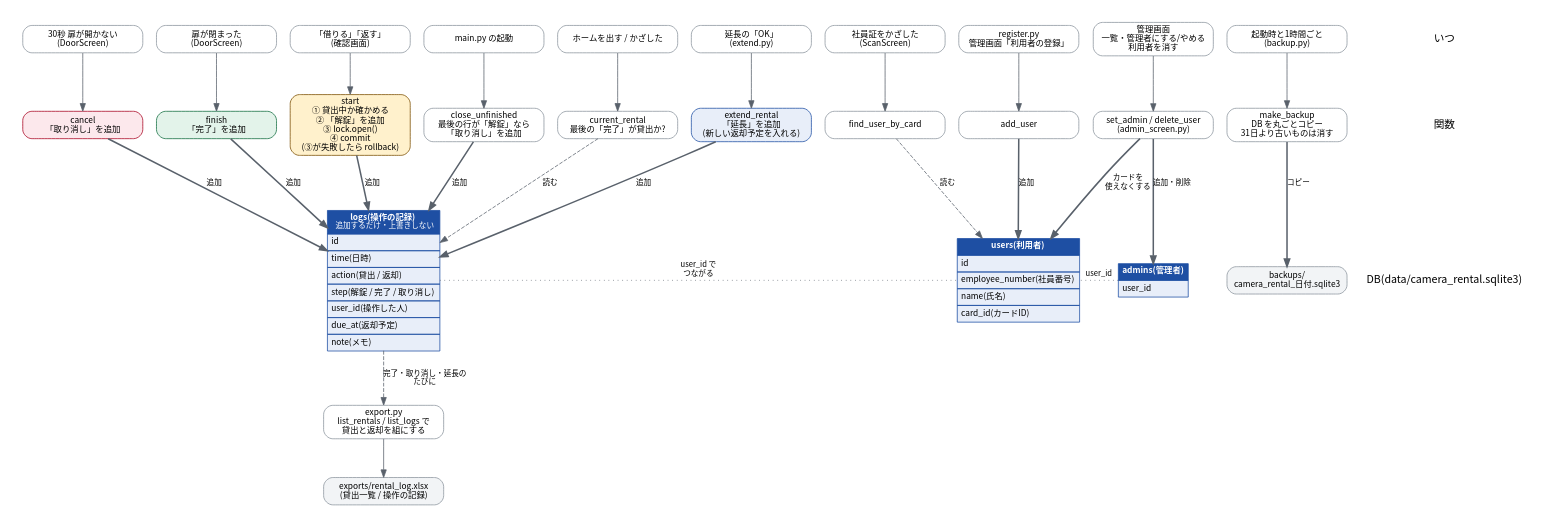
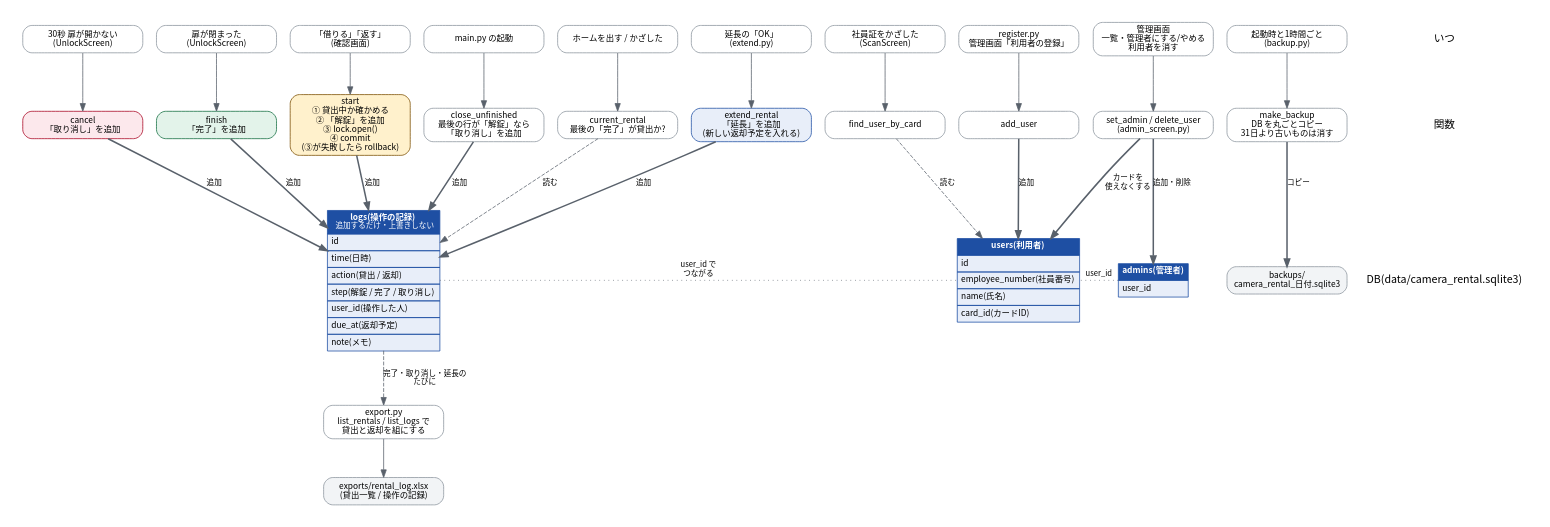
The diagram in docs/db_flow.dot (giajoe24/secure-camera-rental-system), drawn with Graphviz before and after one commit. The commit also changed 15 other files, not shown here.

```diff
--- a/docs/db_flow.dot
+++ b/docs/db_flow.dot
@@ -1,79 +1,79 @@
 // DB のフロー(dot -Tpng db_flow.dot -o db_flow.png で画像にする)
 // 左: いつ  →  真ん中: db.py の関数  →  右: テーブル  →  Excel
 digraph dbflow {
   graph [fontname="Noto Sans CJK JP", rankdir=TB, nodesep=0.25, ranksep=0.7, bgcolor=white, pad=0.3, newrank=true];
   node  [fontname="Noto Sans CJK JP", fontsize=11, shape=box, style="rounded,filled", fillcolor="#FFFFFF", color="#8A939C", width=2.2];
   edge  [fontname="Noto Sans CJK JP", fontsize=10, color="#59616B"];
 
-    w_noopen [label="30秒 扉が開かない\n(DoorScreen)"];
-    w_close  [label="扉が閉まった\n(DoorScreen)"];
+    w_noopen [label="30秒 扉が開かない\n(UnlockScreen)"];
+    w_close  [label="扉が閉まった\n(UnlockScreen)"];
     w_press  [label="「借りる」「返す」\n(確認画面)"];
     w_boot   [label="main.py の起動"];
     w_home   [label="ホームを出す / かざした"];
     w_scan   [label="社員証をかざした\n(ScanScreen)"];
     w_reg    [label="register.py\n管理画面「利用者の登録」"];
     w_extend [label="延長の「OK」\n(extend.py)"];
     w_admin  [label="管理画面\n一覧・管理者にする/やめる\n利用者を消す"];
     w_backup [label="起動時と1時間ごと\n(backup.py)"];
 
     f_cancel  [label="cancel\n「取り消し」を追加", fillcolor="#FCE8EC", color="#A8001F"];
     f_finish  [label="finish\n「完了」を追加", fillcolor="#E3F3EA", color="#0F6B3E"];
     f_start   [label="start\n① 貸出中か確かめる\n② 「解錠」を追加\n③ lock.open()\n④ commit\n(③が失敗したら rollback)", fillcolor="#FFF1CC", color="#7A4D00"];
     f_unfin   [label="close_unfinished\n最後の行が「解錠」なら\n「取り消し」を追加"];
     f_current [label="current_rental\n最後の「完了」が貸出か?"];
     f_find    [label="find_user_by_card"];
     f_add     [label="add_user"];
     f_extend  [label="extend_rental\n「延長」を追加\n(新しい返却予定を入れる)", fillcolor="#E8EEF9", color="#1E4FA3"];
     f_admin   [label="set_admin / delete_user\n(admin_screen.py)"];
     f_backup  [label="make_backup\nDB を丸ごとコピー\n31日より古いものは消す"];
 
     logs  [shape=plain, label=<<TABLE BORDER="0" CELLBORDER="1" CELLSPACING="0" CELLPADDING="4" BGCOLOR="#E8EEF9" COLOR="#1E4FA3"><TR><TD BGCOLOR="#1E4FA3"><FONT COLOR="white"><B>logs(操作の記録)</B><BR/><FONT POINT-SIZE="10">追加するだけ・上書きしない</FONT></FONT></TD></TR><TR><TD ALIGN="LEFT">id</TD></TR><TR><TD ALIGN="LEFT">time(日時)</TD></TR><TR><TD ALIGN="LEFT">action(貸出 / 返却)</TD></TR><TR><TD ALIGN="LEFT">step(解錠 / 完了 / 取り消し)</TD></TR><TR><TD ALIGN="LEFT">user_id(操作した人)</TD></TR><TR><TD ALIGN="LEFT">due_at(返却予定)</TD></TR><TR><TD ALIGN="LEFT">note(メモ)</TD></TR></TABLE>>];
     admins [shape=plain, label=<<TABLE BORDER="0" CELLBORDER="1" CELLSPACING="0" CELLPADDING="4" BGCOLOR="#E8EEF9" COLOR="#1E4FA3"><TR><TD BGCOLOR="#1E4FA3"><FONT COLOR="white"><B>admins(管理者)</B></FONT></TD></TR><TR><TD ALIGN="LEFT">user_id</TD></TR></TABLE>>];
     backups [label="backups/\ncamera_rental_日付.sqlite3", fillcolor="#F2F4F6"];
     users [shape=plain, label=<<TABLE BORDER="0" CELLBORDER="1" CELLSPACING="0" CELLPADDING="4" BGCOLOR="#E8EEF9" COLOR="#1E4FA3"><TR><TD BGCOLOR="#1E4FA3"><FONT COLOR="white"><B>users(利用者)</B></FONT></TD></TR><TR><TD ALIGN="LEFT">id</TD></TR><TR><TD ALIGN="LEFT">employee_number(社員番号)</TD></TR><TR><TD ALIGN="LEFT">name(氏名)</TD></TR><TR><TD ALIGN="LEFT">card_id(カードID)</TD></TR></TABLE>>];
 
   // 列の見出し
   h1 [label="いつ", shape=plaintext, fontsize=14, style=""];
   h2 [label="関数", shape=plaintext, fontsize=14, style=""];
   h3 [label="DB(data/camera_rental.sqlite3)", shape=plaintext, fontsize=14, style=""];
   h1 -> h2 -> h3 [style=invis];
   {rank=same; h1; w_noopen; w_close; w_press; w_extend; w_boot; w_home; w_scan; w_reg; w_admin; w_backup;}
   {rank=same; h2; f_cancel; f_finish; f_start; f_extend; f_unfin; f_current; f_find; f_add; f_admin; f_backup;}
   {rank=same; h3; logs; users; admins; backups;}
 
   f_export [label="export.py\nlist_rentals / list_logs で\n貸出と返却を組にする"];
   excel    [label="exports/rental_log.xlsx\n(貸出一覧 / 操作の記録)", fillcolor="#F2F4F6"];
 
   // いつ → 関数
   w_noopen -> f_cancel;
   w_close  -> f_finish;
   w_press  -> f_start;
   w_boot   -> f_unfin;
   w_home   -> f_current;
   w_scan   -> f_find;
   w_reg    -> f_add;
   w_extend -> f_extend;
   w_admin  -> f_admin;
   w_backup -> f_backup;
 
   // 関数 → テーブル(太い線 = 書く、細い点線 = 読む)
   f_cancel  -> logs  [label="追加", penwidth=2];
   f_finish  -> logs  [label="追加", penwidth=2];
   f_start   -> logs  [label="追加", penwidth=2];
   f_unfin   -> logs  [label="追加", penwidth=2];
   f_current -> logs  [label="読む", style=dashed];
   f_find    -> users [label="読む", style=dashed];
   f_add     -> users [label="追加", penwidth=2];
   f_extend  -> logs  [label="追加", penwidth=2];
   f_admin   -> admins [label="追加・削除", penwidth=2];
   f_admin   -> users  [label="カードを\n使えなくする", penwidth=2];
   f_backup  -> backups [label="コピー", penwidth=2];
   admins -> users [label="user_id", style=dotted, arrowhead=none, constraint=false];
   logs -> users [label="user_id で\nつながる", style=dotted, arrowhead=none, constraint=false];
 
   // 書いたあと Excel を作り直す
   logs -> f_export [label="完了・取り消し・延長の\nたびに", style=dashed];
   f_export -> excel;
 
 
 }
```
